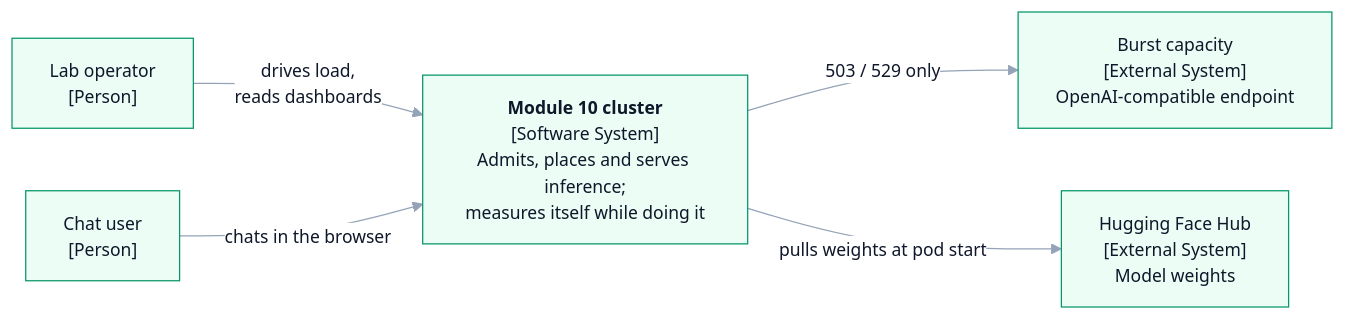
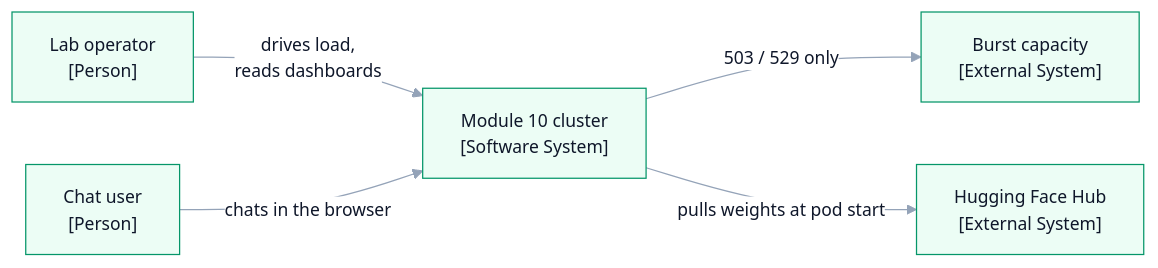
One commit to harshuljain13/Dodona changed the first of 5 diagrams in docs/cluster/ARCHITECTURE.md. Above: the diagram before and after it, drawn with Mermaid. The commit also changed other lines of this file and 17 other files, not shown here.

````diff
--- a/docs/cluster/ARCHITECTURE.md
+++ b/docs/cluster/ARCHITECTURE.md
@@ -34,23 +34,23 @@
 ```mermaid
 %%{init: {'theme':'base','themeVariables':{
   'fontFamily':'ui-sans-serif, -apple-system, Segoe UI, Inter, Helvetica, Arial, sans-serif','fontSize':'14px',
   'primaryColor':'#ecfdf5','primaryTextColor':'#0f172a','primaryBorderColor':'#059669',
   'secondaryColor':'#f8fafc','tertiaryColor':'#ffffff',
   'lineColor':'#94a3b8','textColor':'#1e293b',
   'clusterBkg':'#ffffff','clusterBorder':'#a7f3d0',
   'edgeLabelBackground':'#ffffff','nodeBorder':'#059669'
 }}}%%
 flowchart LR
     OPERATOR["Lab operator<br/>[Person]"]
     CHATTER["Chat user<br/>[Person]"]
 
-    SYS["<b>Module 10 cluster</b><br/>[Software System]<br/>Admits, places and serves inference;<br/>measures itself while doing it"]
+    SYS["Module 10 cluster<br/>[Software System]"]
 
-    BURST["Burst capacity<br/>[External System]<br/>OpenAI-compatible endpoint"]
-    HF["Hugging Face Hub<br/>[External System]<br/>Model weights"]
+    BURST["Burst capacity<br/>[External System]"]
+    HF["Hugging Face Hub<br/>[External System]"]
 
     OPERATOR -->|"drives load,<br/>reads dashboards"| SYS
     CHATTER -->|"chats in the browser"| SYS
     SYS -->|"503 / 529 only"| BURST
     SYS -->|"pulls weights at pod start"| HF
 ```
````
